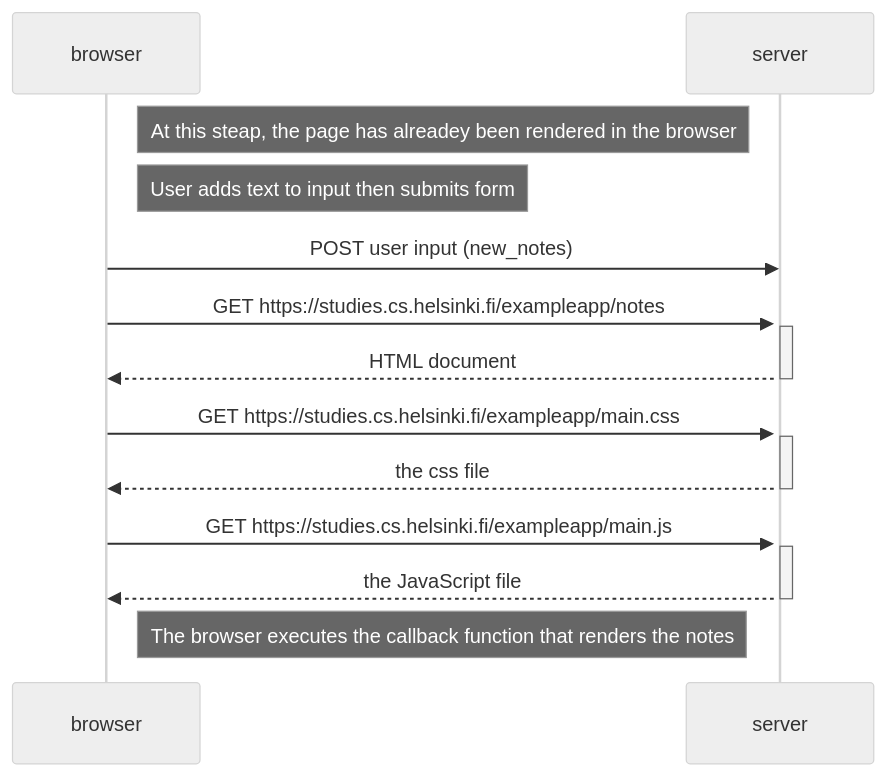
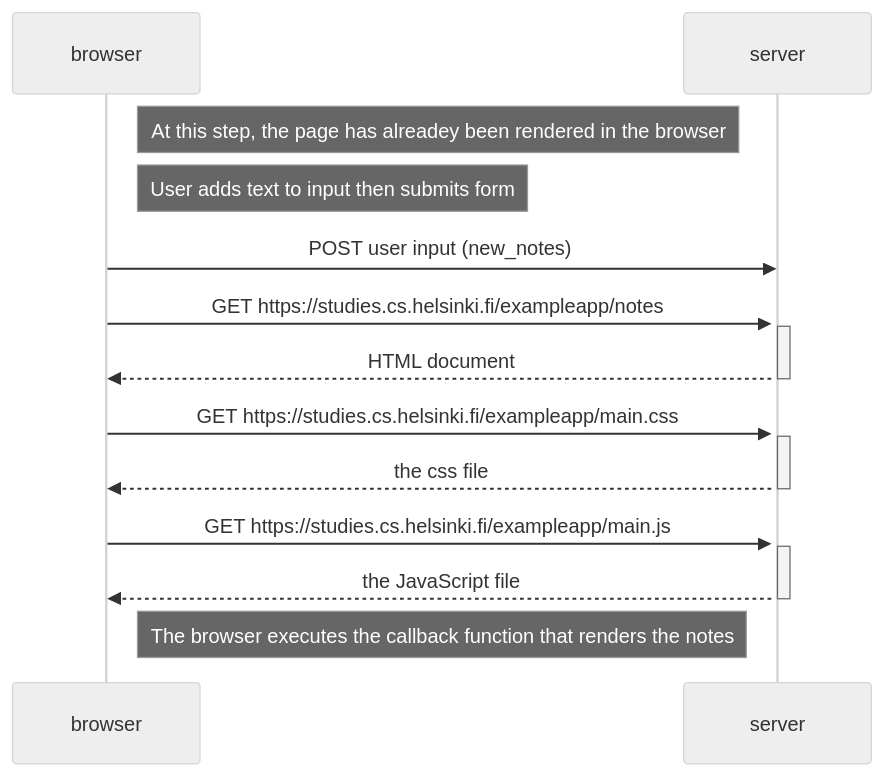
The diagram in sequenceDiagram.md (Malok3/fullStackOpen), drawn with Mermaid (neutral theme) before and after one commit.

````diff
--- a/sequenceDiagram.md
+++ b/sequenceDiagram.md
@@ -1,36 +1,36 @@
 ```mermaid
 
 
 sequenceDiagram
     participant browser
     participant server
 
-    Note right of browser: At this steap, the page has alreadey been rendered in the browser 
+    Note right of browser: At this step, the page has alreadey been rendered in the browser 
 
     Note right of browser: User adds text to input then submits form
 
     browser->>server: POST user input (new_notes)
     activate server
     
 
     
     browser->>server: GET https://studies.cs.helsinki.fi/exampleapp/notes
     activate server
     server-->>browser: HTML document
     deactivate server
 
     browser->>server: GET https://studies.cs.helsinki.fi/exampleapp/main.css
     activate server
     server-->>browser: the css file
     deactivate server
 
     
     browser->>server: GET https://studies.cs.helsinki.fi/exampleapp/main.js
     activate server
     server-->>browser: the JavaScript file
     deactivate server
 
   
 
     Note right of browser: The browser executes the callback function that renders the notes
 ```
````
